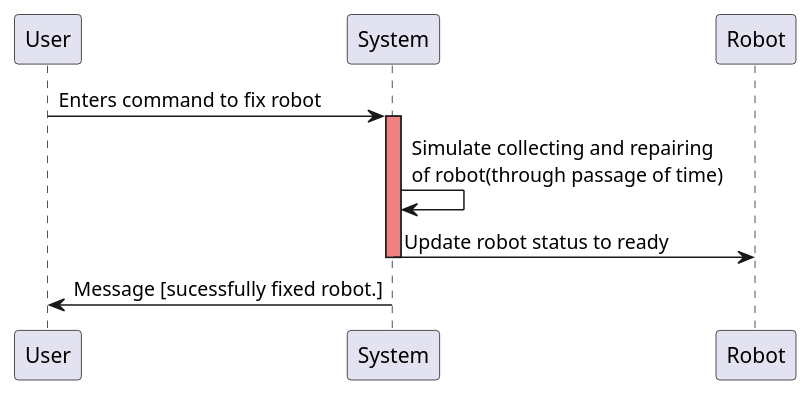
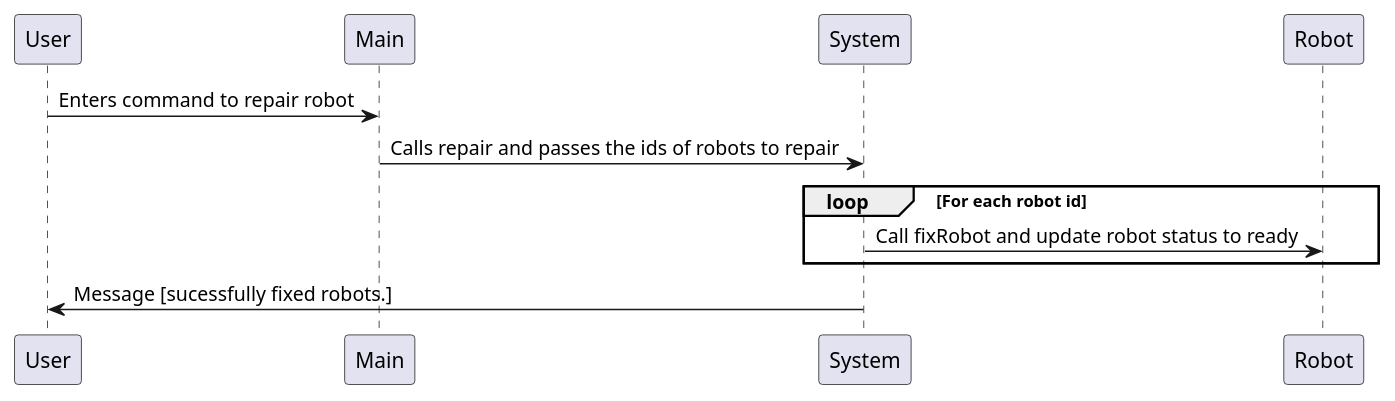
One commit to arisk02/robot-fleet-management-system changed the diagram in docs/design/sequence_diagrams/Fix_robot.puml. Above: the diagram before and after it, drawn with PlantUML. The commit also changed 1 other file, not shown here.

Commit message:
Updated UML

```diff
--- a/docs/design/sequence_diagrams/Fix_robot.puml
+++ b/docs/design/sequence_diagrams/Fix_robot.puml
@@ -1,10 +1,10 @@
 @startuml
 
-User -> System: Enters command to fix robot
-activate System #LightCoral
-System -> System: Simulate collecting and repairing \nof robot(through passage of time)
-System -> Robot : Update robot status to ready
-deactivate
-System -> User: Message [sucessfully fixed robot.] 
+User -> Main: Enters command to repair robot
+Main -> System: Calls repair and passes the ids of robots to repair
+loop For each robot id
+    System -> Robot : Call fixRobot and update robot status to ready
+end
+System -> User: Message [sucessfully fixed robots.] 
 
 @enduml 
```
